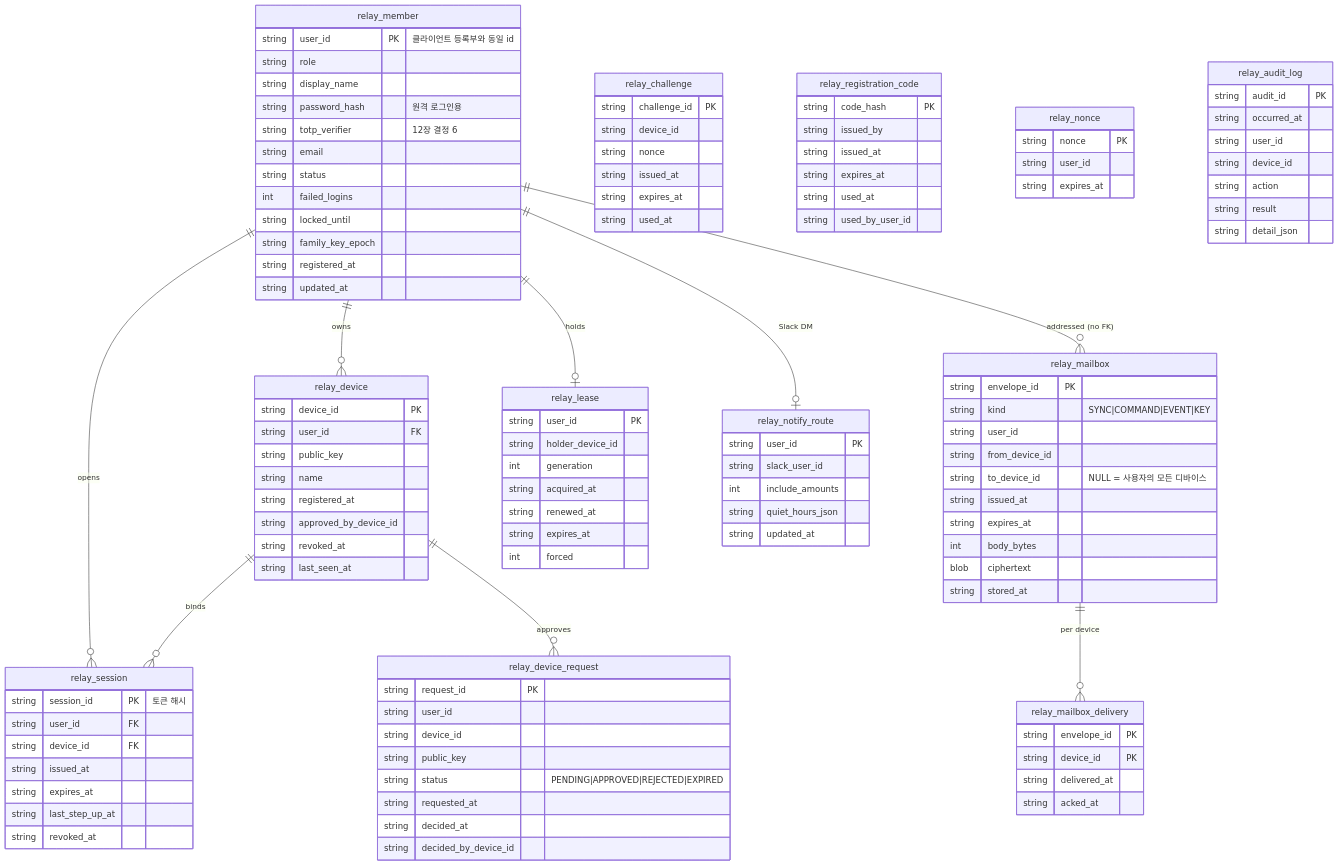
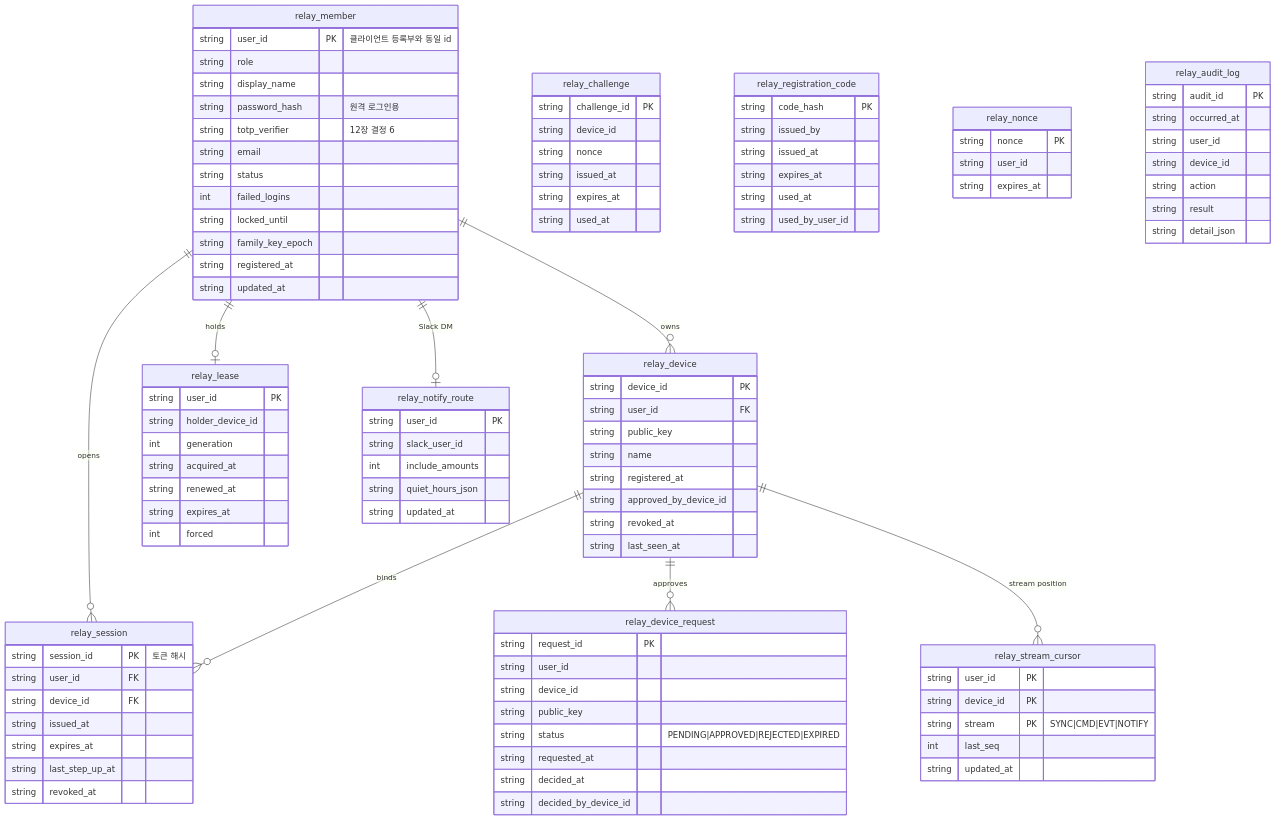
Before and after one commit to lyvius2/stockholm: the eighth of 8 diagrams in docs/DB_SCHEMA.md, drawn with Mermaid. The commit also changed other lines of this file and 19 other files, not shown here.

```diff
--- a/docs/DB_SCHEMA.md
+++ b/docs/DB_SCHEMA.md
@@ -1226,8 +1227,7 @@
   relay_member ||--o{ relay_session : opens
   relay_device ||--o{ relay_session : binds
   relay_device ||--o{ relay_device_request : "approves"
-  relay_member ||--o{ relay_mailbox : "addressed (no FK)"
-  relay_mailbox ||--o{ relay_mailbox_delivery : "per device"
+  relay_device ||--o{ relay_stream_cursor : "stream position"
   relay_member ||--o| relay_lease : holds
   relay_member ||--o| relay_notify_route : "Slack DM"
 
@@ -1290,23 +1290,12 @@
     string used_at
     string used_by_user_id
   }
-  relay_mailbox {
-    string envelope_id PK
-    string kind "SYNC|COMMAND|EVENT|KEY"
-    string user_id
-    string from_device_id
-    string to_device_id "NULL = 사용자의 모든 디바이스"
-    string issued_at
-    string expires_at
-    int body_bytes
-    blob ciphertext
-    string stored_at
-  }
-  relay_mailbox_delivery {
-    string envelope_id PK
+  relay_stream_cursor {
+    string user_id PK
     string device_id PK
-    string delivered_at
-    string acked_at
+    string stream PK "SYNC|CMD|EVT|NOTIFY"
+    int last_seq
+    string updated_at
   }
   relay_lease {
     string user_id PK
```
